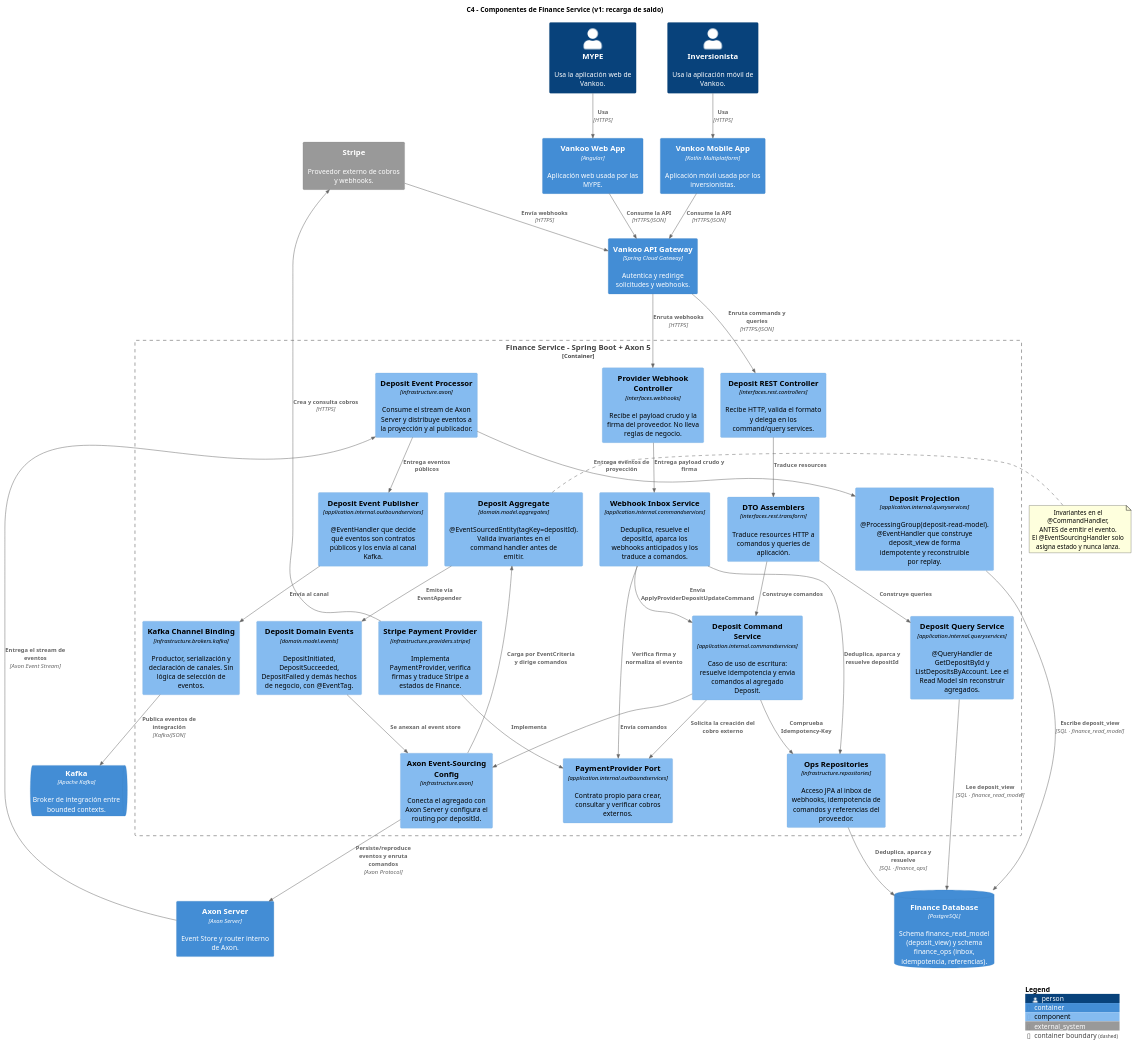
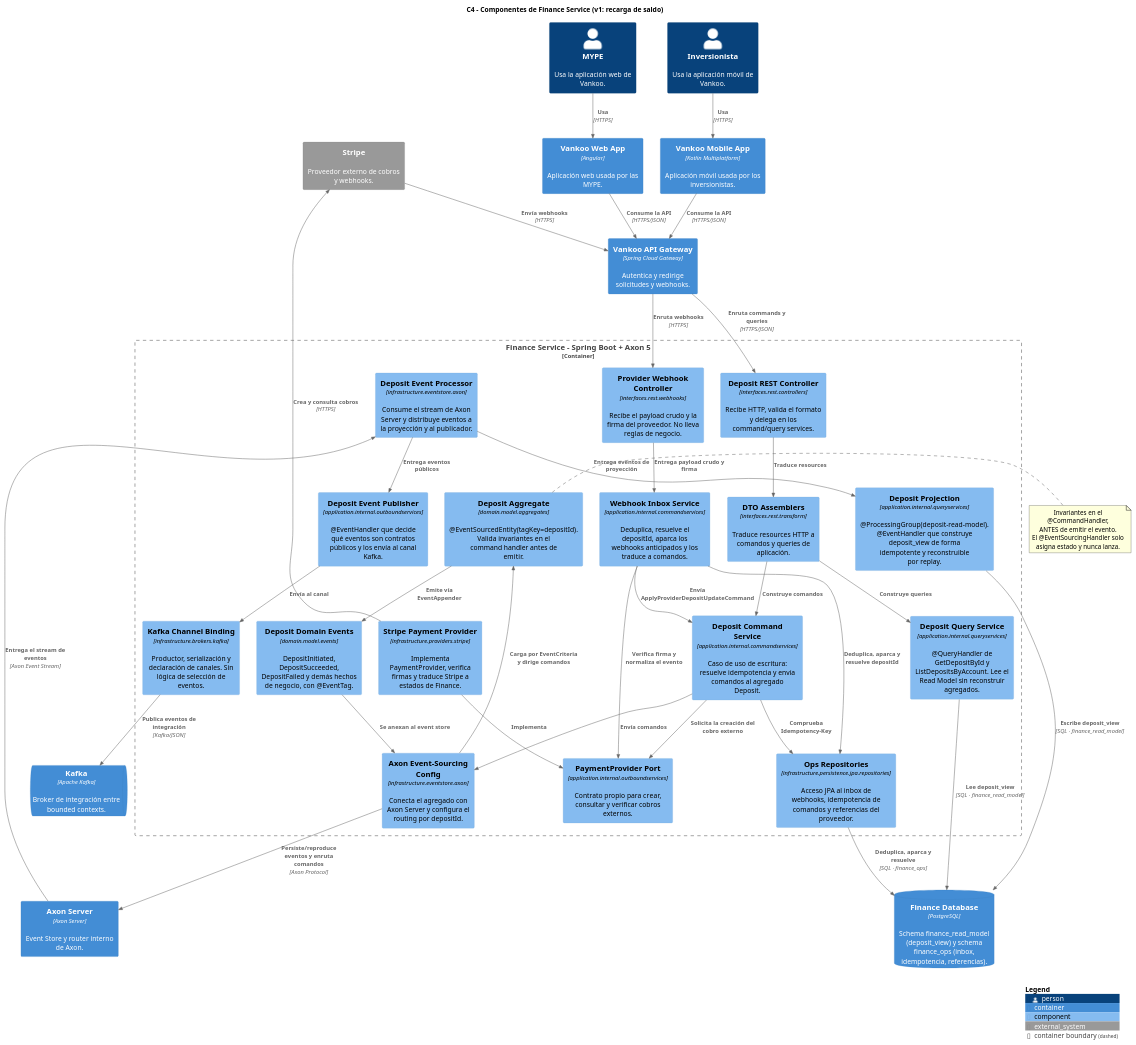
The diagram in docs/architecture/finance-c4-components.puml (liquilabshq/vankoo-finance-service), drawn with PlantUML before and after one commit. The commit also changed 2 other files, not shown here.

```diff
--- a/docs/architecture/finance-c4-components.puml
+++ b/docs/architecture/finance-c4-components.puml
@@ -1,99 +1,99 @@
 @startuml finance-c4-components
 
 !include https://raw.githubusercontent.com/plantuml-stdlib/C4-PlantUML/master/C4_Component.puml
 
 LAYOUT_WITH_LEGEND()
 
 title C4 - Componentes de Finance Service (v1: recarga de saldo)
 
 Person(mype, "MYPE", "Usa la aplicación web de Vankoo.")
 Person(investor, "Inversionista", "Usa la aplicación móvil de Vankoo.")
 System_Ext(stripe, "Stripe", "Proveedor externo de cobros y webhooks.")
 
 Container(web_app, "Vankoo Web App", "Angular", "Aplicación web usada por las MYPE.")
 Container(mobile_app, "Vankoo Mobile App", "Kotlin Multiplatform", "Aplicación móvil usada por los inversionistas.")
 Container(api_gateway, "Vankoo API Gateway", "Spring Cloud Gateway", "Autentica y redirige solicitudes y webhooks.")
 Container(axon_server, "Axon Server", "Axon Server", "Event Store y router interno de Axon.")
 ContainerQueue(kafka, "Kafka", "Apache Kafka", "Broker de integración entre bounded contexts.")
 ContainerDb(finance_db, "Finance Database", "PostgreSQL", "Schema finance_read_model (deposit_view) y schema finance_ops (inbox, idempotencia, referencias).")
 
 Container_Boundary(finance_service, "Finance Service - Spring Boot + Axon 5") {
 
     ' ---------- interfaces ----------
     Component(deposit_api, "Deposit REST Controller", "interfaces.rest.controllers", "Recibe HTTP, valida el formato y delega en los command/query services.")
-    Component(webhook_api, "Provider Webhook Controller", "interfaces.webhooks", "Recibe el payload crudo y la firma del proveedor. No lleva reglas de negocio.")
+    Component(webhook_api, "Provider Webhook Controller", "interfaces.rest.webhooks", "Recibe el payload crudo y la firma del proveedor. No lleva reglas de negocio.")
     Component(assemblers, "DTO Assemblers", "interfaces.rest.transform", "Traduce resources HTTP a comandos y queries de aplicación.")
 
     ' ---------- application ----------
     Component(command_service, "Deposit Command Service", "application.internal.commandservices", "Caso de uso de escritura: resuelve idempotencia y envía comandos al agregado Deposit.")
     Component(query_service, "Deposit Query Service", "application.internal.queryservices", "@QueryHandler de GetDepositById y ListDepositsByAccount. Lee el Read Model sin reconstruir agregados.")
     Component(webhook_service, "Webhook Inbox Service", "application.internal.commandservices", "Deduplica, resuelve el depositId, aparca los webhooks anticipados y los traduce a comandos.")
     Component(provider_port, "PaymentProvider Port", "application.internal.outboundservices", "Contrato propio para crear, consultar y verificar cobros externos.")
 
     ' ---------- domain ----------
     Component(deposit_aggregate, "Deposit Aggregate", "domain.model.aggregates", "@EventSourcedEntity(tagKey=depositId). Valida invariantes en el command handler antes de emitir.")
     Component(domain_events, "Deposit Domain Events", "domain.model.events", "DepositInitiated, DepositSucceeded, DepositFailed y demás hechos de negocio, con @EventTag.")
 
     ' ---------- infrastructure ----------
-    Component(axon_config, "Axon Event-Sourcing Config", "infrastructure.axon", "Conecta el agregado con Axon Server y configura el routing por depositId.")
-    Component(event_processor, "Deposit Event Processor", "infrastructure.axon", "Consume el stream de Axon Server y distribuye eventos a la proyección y al publicador.")
+    Component(axon_config, "Axon Event-Sourcing Config", "infrastructure.eventstore.axon", "Conecta el agregado con Axon Server y configura el routing por depositId.")
+    Component(event_processor, "Deposit Event Processor", "infrastructure.eventstore.axon", "Consume el stream de Axon Server y distribuye eventos a la proyección y al publicador.")
     Component(read_projection, "Deposit Projection", "application.internal.queryservices", "@ProcessingGroup(deposit-read-model). @EventHandler que construye deposit_view de forma idempotente y reconstruible por replay.")
-    Component(ops_repository, "Ops Repositories", "infrastructure.repositories", "Acceso JPA al inbox de webhooks, idempotencia de comandos y referencias del proveedor.")
+    Component(ops_repository, "Ops Repositories", "infrastructure.persistence.jpa.repositories", "Acceso JPA al inbox de webhooks, idempotencia de comandos y referencias del proveedor.")
     Component(kafka_publisher, "Deposit Event Publisher", "application.internal.outboundservices", "@EventHandler que decide qué eventos son contratos públicos y los envía al canal Kafka.")
     Component(kafka_binding, "Kafka Channel Binding", "infrastructure.brokers.kafka", "Productor, serialización y declaración de canales. Sin lógica de selección de eventos.")
     Component(stripe_adapter, "Stripe Payment Provider", "infrastructure.providers.stripe", "Implementa PaymentProvider, verifica firmas y traduce Stripe a estados de Finance.")
 }
 
 ' ---------- entrada ----------
 Rel(mype, web_app, "Usa", "HTTPS")
 Rel(investor, mobile_app, "Usa", "HTTPS")
 Rel(web_app, api_gateway, "Consume la API", "HTTPS/JSON")
 Rel(mobile_app, api_gateway, "Consume la API", "HTTPS/JSON")
 Rel(api_gateway, deposit_api, "Enruta commands y queries", "HTTPS/JSON")
 Rel(stripe, api_gateway, "Envía webhooks", "HTTPS")
 Rel(api_gateway, webhook_api, "Enruta webhooks", "HTTPS")
 
 ' ---------- interfaces -> application ----------
 Rel(deposit_api, assemblers, "Traduce resources")
 Rel(assemblers, command_service, "Construye comandos")
 Rel(assemblers, query_service, "Construye queries")
 Rel(webhook_api, webhook_service, "Entrega payload crudo y firma")
 
 ' ---------- application ----------
 Rel(webhook_service, provider_port, "Verifica firma y normaliza el evento")
 Rel(webhook_service, ops_repository, "Deduplica, aparca y resuelve depositId")
 Rel(webhook_service, command_service, "Envía ApplyProviderDepositUpdateCommand")
 Rel(command_service, ops_repository, "Comprueba Idempotency-Key")
 Rel(command_service, provider_port, "Solicita la creación del cobro externo")
 Rel(command_service, axon_config, "Envía comandos")
 Rel(stripe_adapter, provider_port, "Implementa")
 
 ' ---------- escritura ----------
 Rel(axon_config, deposit_aggregate, "Carga por EventCriteria y dirige comandos")
 Rel(deposit_aggregate, domain_events, "Emite vía EventAppender")
 Rel(domain_events, axon_config, "Se anexan al event store")
 Rel(axon_config, axon_server, "Persiste/reproduce eventos y enruta comandos", "Axon Protocol")
 
 ' ---------- lectura ----------
 Rel(axon_server, event_processor, "Entrega el stream de eventos", "Axon Event Stream")
 Rel(event_processor, read_projection, "Entrega eventos de proyección")
 Rel(event_processor, kafka_publisher, "Entrega eventos públicos")
 Rel(read_projection, finance_db, "Escribe deposit_view", "SQL · finance_read_model")
 Rel(query_service, finance_db, "Lee deposit_view", "SQL · finance_read_model")
 Rel(ops_repository, finance_db, "Deduplica, aparca y resuelve", "SQL · finance_ops")
 Rel(kafka_publisher, kafka_binding, "Envía al canal")
 Rel(kafka_binding, kafka, "Publica eventos de integración", "Kafka/JSON")
 
 ' ---------- salida al proveedor ----------
 Rel(stripe_adapter, stripe, "Crea y consulta cobros", "HTTPS")
 
 note right of deposit_aggregate
   Invariantes en el @CommandHandler,
   ANTES de emitir el evento.
   El @EventSourcingHandler solo
   asigna estado y nunca lanza.
 end note
 
 SHOW_LEGEND()
 
 @enduml
```
